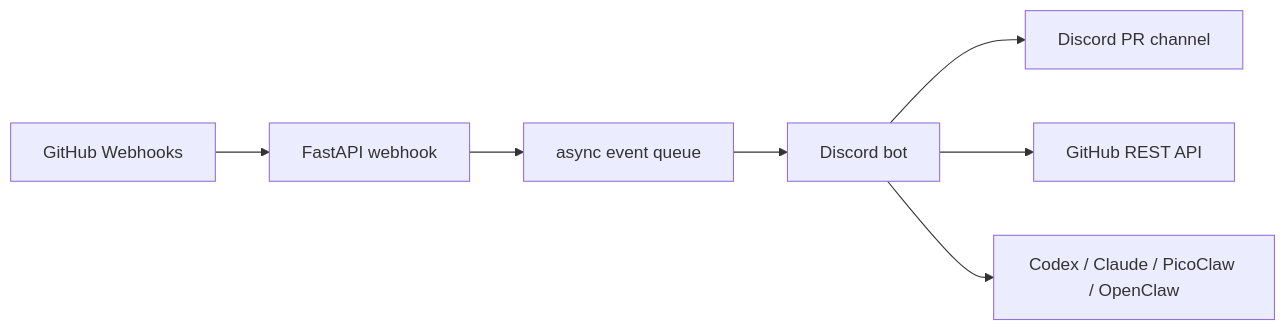
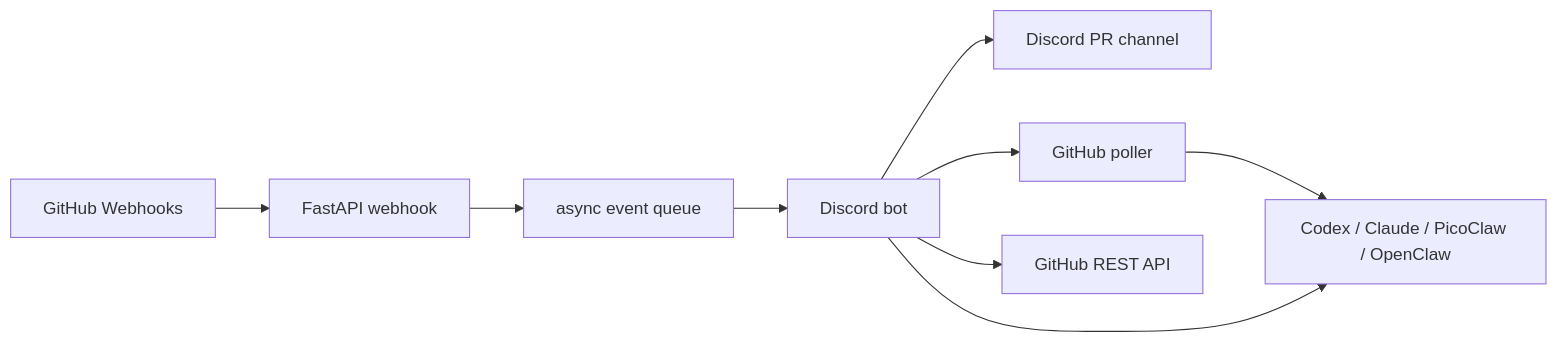
Before and after one commit to Tue-StudyOS/StudyOS-Agent-Gateway: the diagram in README.md, drawn with Mermaid. The commit also changed other lines of this file and 9 other files, not shown here.

````diff
--- a/README.md
+++ b/README.md
@@ -31,9 +33,11 @@
 ```mermaid
 flowchart LR
     GitHub["GitHub Webhooks"] --> API["FastAPI webhook"]
     API --> Queue["async event queue"]
     Queue --> Bot["Discord bot"]
     Bot --> Channel["Discord PR channel"]
+    Bot --> Poller["GitHub poller"]
+    Poller --> Agent
     Bot --> GitHubAPI["GitHub REST API"]
     Bot --> Agent["Codex / Claude / PicoClaw / OpenClaw"]
 ```
````
